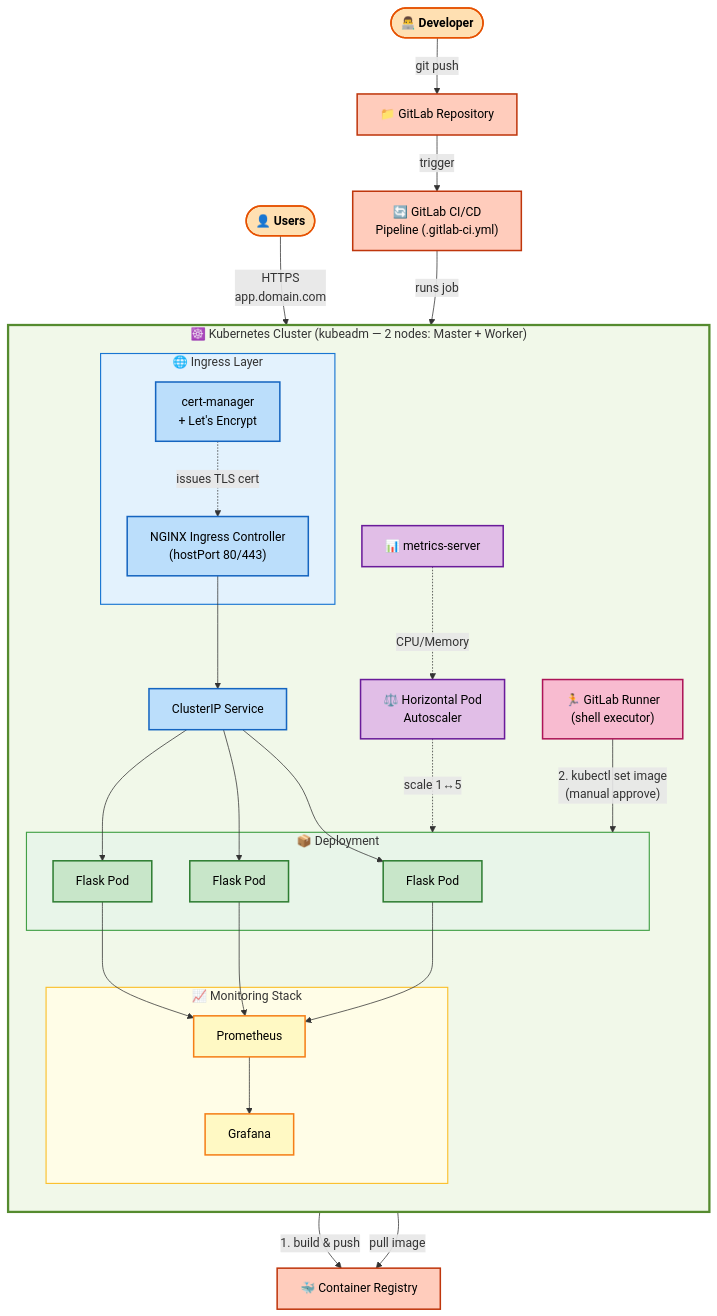
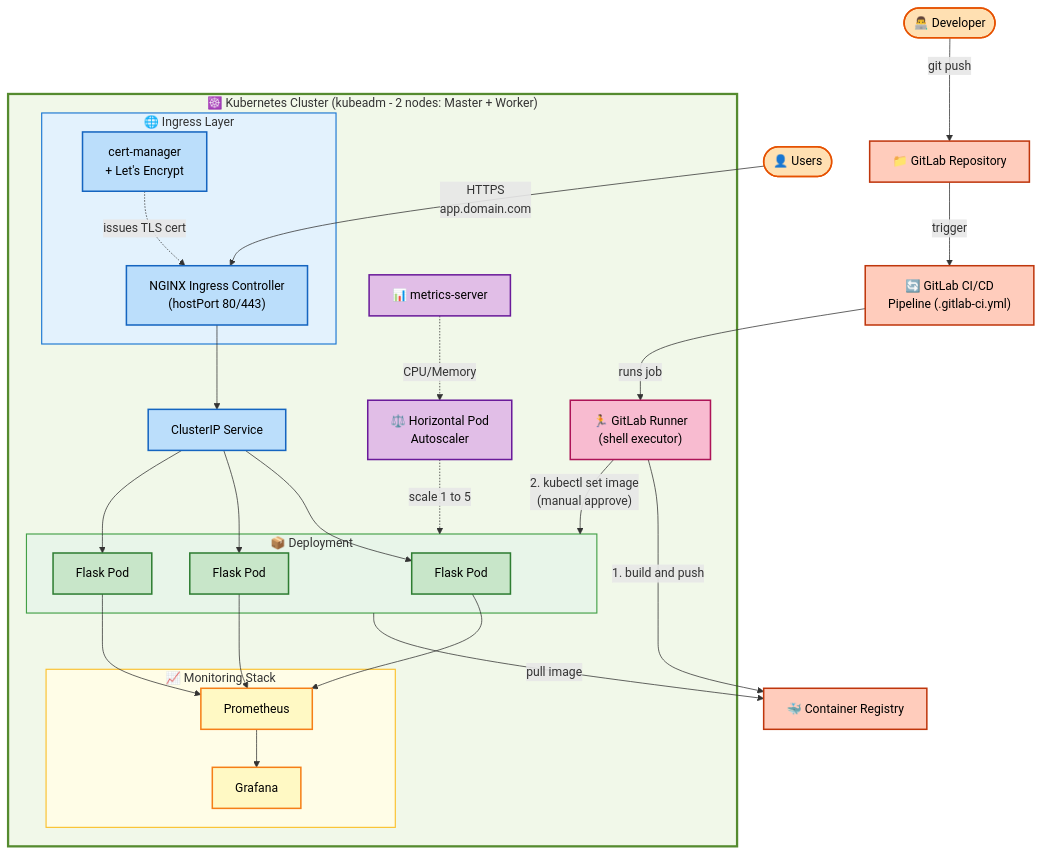
One commit to minhhiep05/loadtest-api changed the diagram in README.md. Above: the diagram before and after it, drawn with Mermaid. The commit also changed other lines of this file, not shown here.

```diff
--- a/README.md
+++ b/README.md
@@ -66,14 +66,10 @@
     User(["👤 Users"])
     Developer(["👨‍💻 Developer"])
 
-    subgraph K8s["☸️ Kubernetes Cluster (kubeadm — 2 nodes: Master + Worker)"]
-        direction TB
-
+    subgraph K8s["☸️ Kubernetes Cluster (kubeadm - 2 nodes: Master + Worker)"]
         subgraph IngressLayer["🌐 Ingress Layer"]
-            Ingress["NGINX Ingress Controller
-            (hostPort 80/443)"]
-            CertManager["cert-manager
-            + Let's Encrypt"]
+            Ingress["NGINX Ingress Controller<br/>(hostPort 80/443)"]
+            CertManager["cert-manager<br/>+ Let's Encrypt"]
         end
 
         Service["ClusterIP Service"]
@@ -84,8 +80,7 @@
             Pod3["Flask Pod"]
         end
 
-        HPA["⚖️ Horizontal Pod
-        Autoscaler"]
+        HPA["⚖️ Horizontal Pod<br/>Autoscaler"]
         MetricsServer["📊 metrics-server"]
 
         subgraph Monitoring["📈 Monitoring Stack"]
@@ -93,17 +88,14 @@
             Grafana["Grafana"]
         end
 
-        Runner["🏃 GitLab Runner
-        (shell executor)"]
+        Runner["🏃 GitLab Runner<br/>(shell executor)"]
     end
 
     GitLab["📁 GitLab Repository"]
-    Pipeline["🔄 GitLab CI/CD
-    Pipeline (.gitlab-ci.yml)"]
+    Pipeline["🔄 GitLab CI/CD<br/>Pipeline (.gitlab-ci.yml)"]
     Registry["🐳 Container Registry"]
 
-    User -->|"HTTPS
-    app.domain.com"| Ingress
+    User -->|"HTTPS<br/>app.domain.com"| Ingress
     CertManager -.->|"issues TLS cert"| Ingress
     Ingress --> Service
     Service --> Pod1
@@ -111,20 +103,21 @@
     Service --> Pod3
 
     MetricsServer -.->|"CPU/Memory"| HPA
-    HPA -.->|"scale 1↔5"| Deployment
+    HPA -.->|"scale 1 to 5"| Deployment
 
-    Pod1 & Pod2 & Pod3 --> Prom
+    Pod1 --> Prom
+    Pod2 --> Prom
+    Pod3 --> Prom
     Prom --> Grafana
 
     Developer -->|"git push"| GitLab
     GitLab -->|"trigger"| Pipeline
     Pipeline -->|"runs job"| Runner
-    Runner -->|"1. build & push"| Registry
-    Runner -->|"2. kubectl set image
-    (manual approve)"| Deployment
+    Runner -->|"1. build and push"| Registry
+    Runner -->|"2. kubectl set image<br/>(manual approve)"| Deployment
     Deployment -->|"pull image"| Registry
 
-    classDef userStyle fill:#FFE0B2,stroke:#E65100,stroke-width:2px,color:#000,font-weight:bold
+    classDef userStyle fill:#FFE0B2,stroke:#E65100,stroke-width:2px,color:#000
     classDef trafficStyle fill:#BBDEFB,stroke:#1565C0,stroke-width:2px,color:#000
     classDef podStyle fill:#C8E6C9,stroke:#2E7D32,stroke-width:2px,color:#000
     classDef controlStyle fill:#E1BEE7,stroke:#6A1B9A,stroke-width:2px,color:#000
```
